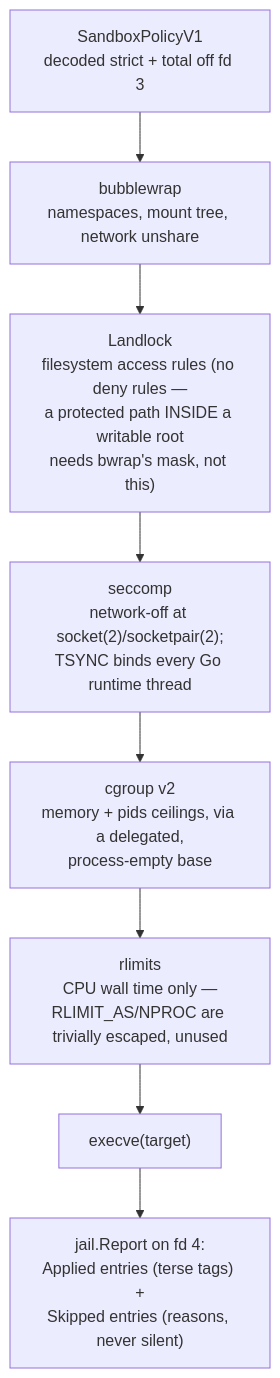
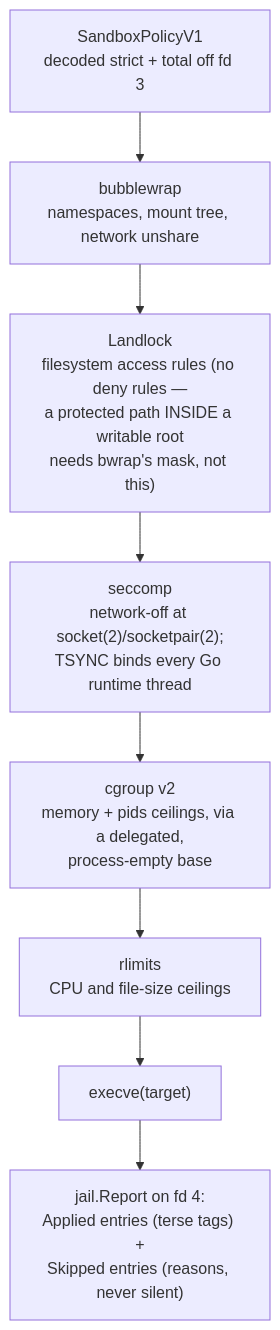
The first of 3 diagrams in packages/sandbox/README.md (Roasbeef/loom), drawn with Mermaid before and after one commit. The commit also changed other lines of this file and 26 other files, not shown here.

````diff
--- a/packages/sandbox/README.md
+++ b/packages/sandbox/README.md
@@ -23,13 +24,13 @@
 ```mermaid
 flowchart TD
     P["SandboxPolicyV1<br/>decoded strict + total off fd 3"]
     BW["bubblewrap<br/>namespaces, mount tree, network unshare"]
     LL["Landlock<br/>filesystem access rules (no deny rules —<br/>a protected path INSIDE a writable root<br/>needs bwrap's mask, not this)"]
     SC["seccomp<br/>network-off at socket(2)/socketpair(2);<br/>TSYNC binds every Go runtime thread"]
     CG["cgroup v2<br/>memory + pids ceilings, via a delegated,<br/>process-empty base"]
-    RL["rlimits<br/>CPU wall time only —<br/>RLIMIT_AS/NPROC are trivially escaped, unused"]
+    RL["rlimits<br/>CPU and file-size ceilings"]
     EXEC["execve(target)"]
     REPORT["jail.Report on fd 4:<br/>Applied entries (terse tags) +<br/>Skipped entries (reasons, never silent)"]
 
     P --> BW --> LL --> SC --> CG --> RL --> EXEC --> REPORT
 ```
````
